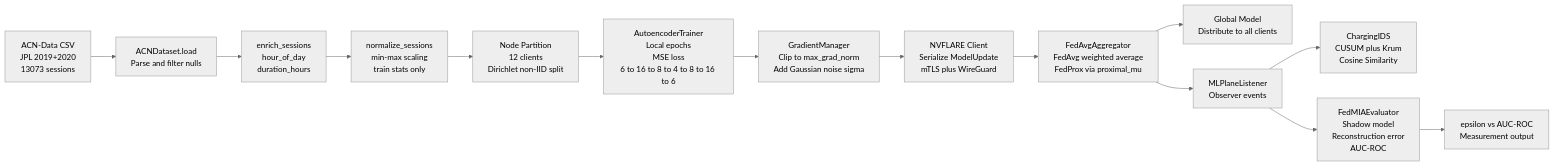
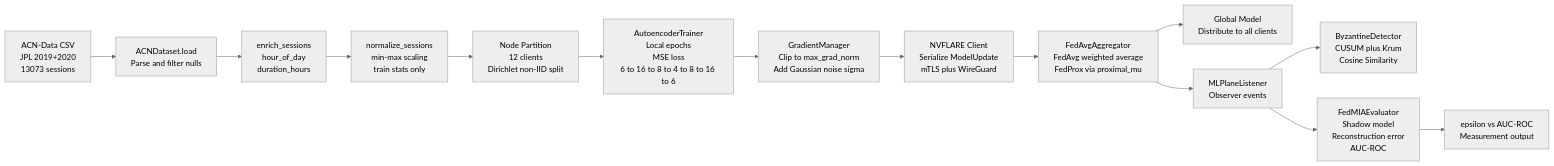
Before and after one commit to susetta85/ChargeShield-FL: the third of 3 diagrams in docs/Architecture.md, drawn with Mermaid (neutral theme). The commit also changed other lines of this file and 80 other files, not shown here.

First line of the commit message:
Campagna paper completa (task #52) + fix pseudo-replicazione + rename ByzantineDetector

````diff
--- a/docs/Architecture.md
+++ b/docs/Architecture.md
@@ -419,16 +438,16 @@
 ```mermaid
 flowchart LR
     A[ACN-Data CSV\nJPL 2019+2020\n13073 sessions] --> B[ACNDataset.load\nParse and filter nulls]
     B --> C[enrich_sessions\nhour_of_day\nduration_hours]
     C --> C2[normalize_sessions\nmin-max scaling\ntrain stats only]
     C2 --> D[Node Partition\n12 clients\nDirichlet non-IID split]
     D --> E[AutoencoderTrainer\nLocal epochs\nMSE loss\n6 to 16 to 8 to 4 to 8 to 16 to 6]
     E --> F[GradientManager\nClip to max_grad_norm\nAdd Gaussian noise sigma]
     F --> G[NVFLARE Client\nSerialize ModelUpdate\nmTLS plus WireGuard]
     G --> H[FedAvgAggregator\nFedAvg weighted average\nFedProx via proximal_mu]
     H --> I[Global Model\nDistribute to all clients]
     H --> J[MLPlaneListener\nObserver events]
-    J --> K[ChargingIDS\nCUSUM plus Krum\nCosine Similarity]
+    J --> K[ByzantineDetector\nCUSUM plus Krum\nCosine Similarity]
     J --> L[FedMIAEvaluator\nShadow model\nReconstruction error\nAUC-ROC]
     L --> M[epsilon vs AUC-ROC\nMeasurement output]
 ```
````
